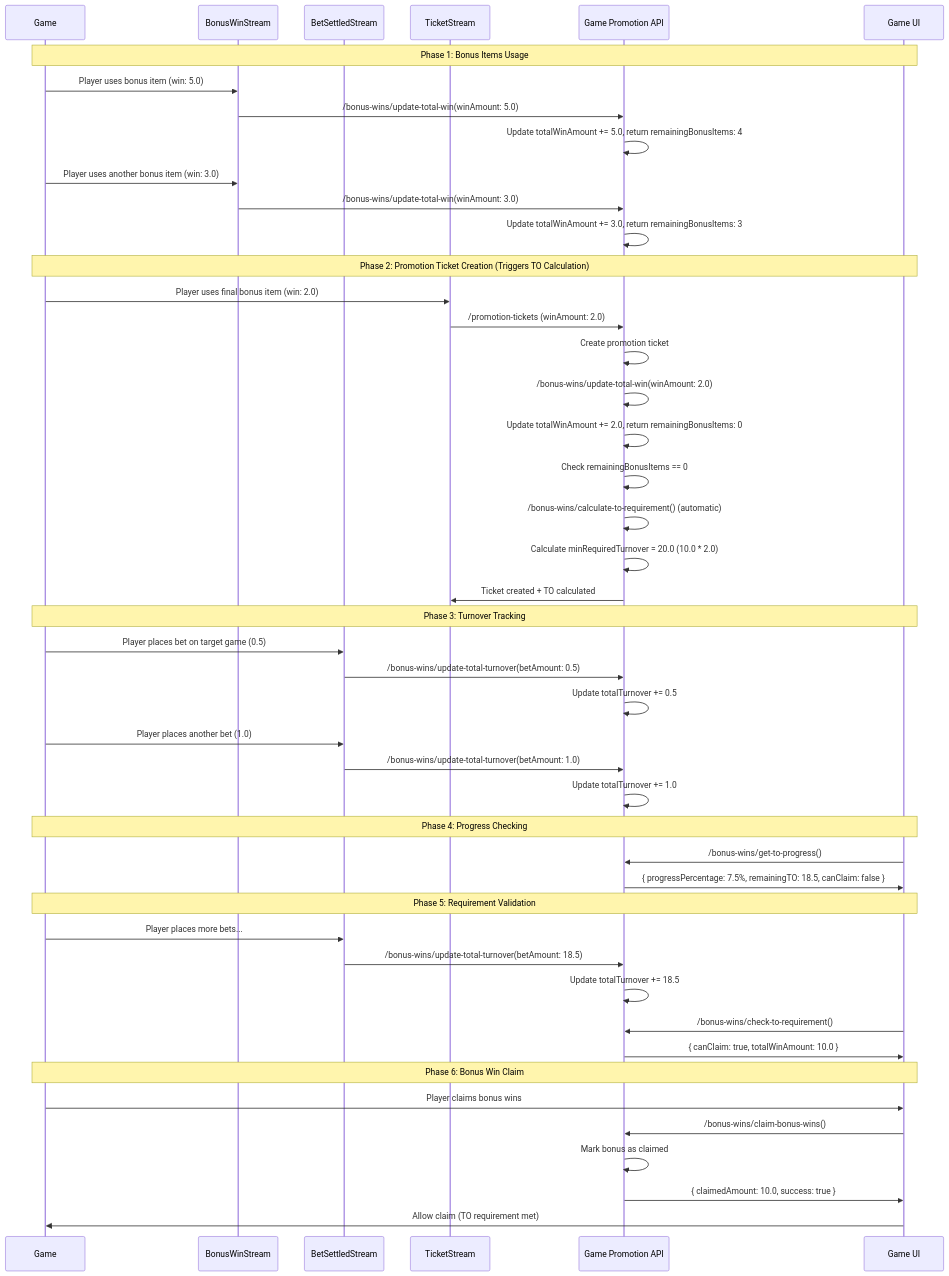
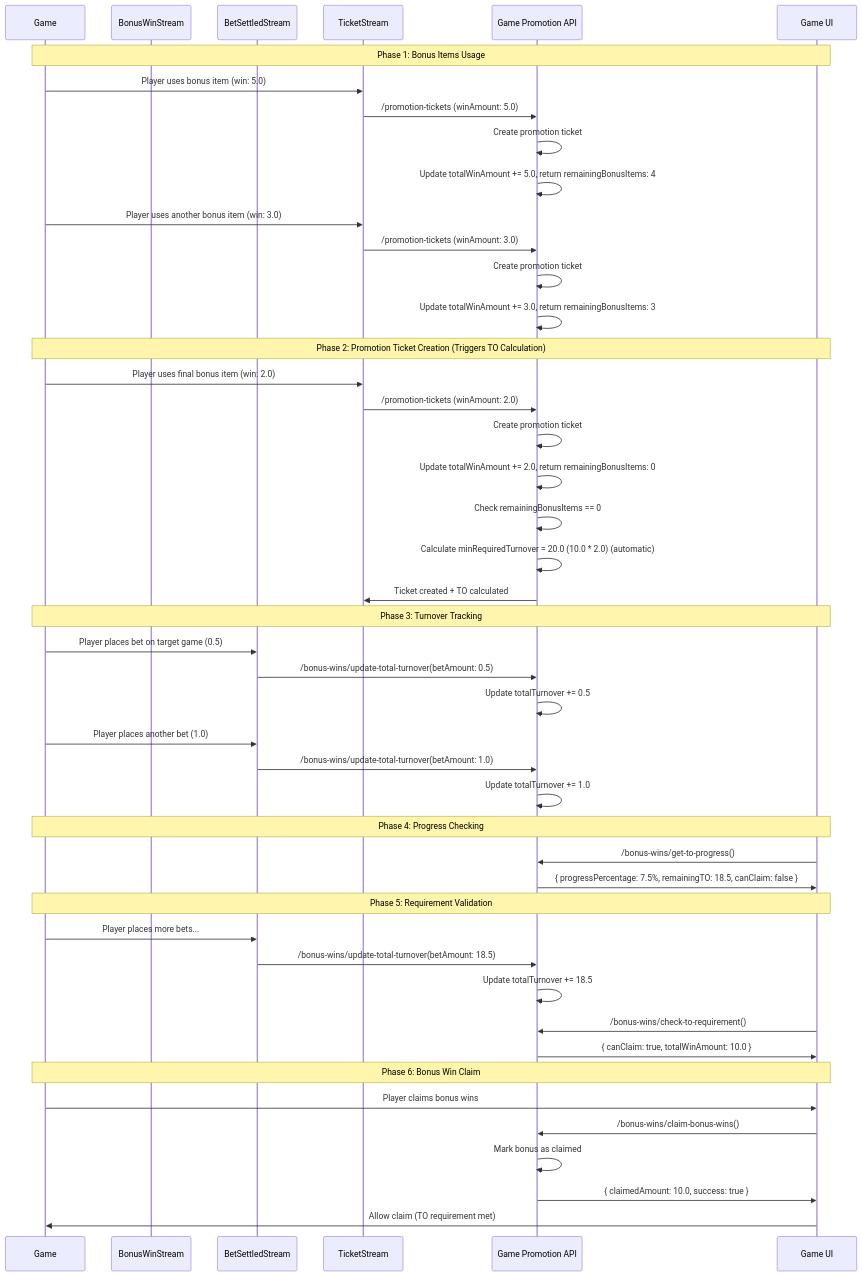
Before and after one commit to starixvn/l1_backend-services_game-promotion-api: the diagram in diagrams/sequence/TurnoverTrackingFlow.md, drawn with Mermaid. The commit also changed other lines of this file and 2 other files, not shown here.

Commit message:
fix: update to tracking flow

````diff
--- a/diagrams/sequence/TurnoverTrackingFlow.md
+++ b/diagrams/sequence/TurnoverTrackingFlow.md
@@ -11,57 +11,57 @@
 ```mermaid
 sequenceDiagram
     participant Game
     participant BonusWinStream
     participant BetSettledStream
     participant TicketStream
     participant API as Game Promotion API
     participant UI as Game UI
 
     Note over Game,UI: Phase 1: Bonus Items Usage
-    Game->>BonusWinStream: Player uses bonus item (win: 5.0)
-    BonusWinStream->>API: /bonus-wins/update-total-win(winAmount: 5.0)
+    Game->>TicketStream: Player uses bonus item (win: 5.0)
+    TicketStream->>API: /promotion-tickets (winAmount: 5.0)
+    API->>API: Create promotion ticket
     API->>API: Update totalWinAmount += 5.0, return remainingBonusItems: 4
 
-    Game->>BonusWinStream: Player uses another bonus item (win: 3.0)
-    BonusWinStream->>API: /bonus-wins/update-total-win(winAmount: 3.0)
+    Game->>TicketStream: Player uses another bonus item (win: 3.0)
+    TicketStream->>API: /promotion-tickets (winAmount: 3.0)
+    API->>API: Create promotion ticket
     API->>API: Update totalWinAmount += 3.0, return remainingBonusItems: 3
 
     Note over Game,UI: Phase 2: Promotion Ticket Creation (Triggers TO Calculation)
     Game->>TicketStream: Player uses final bonus item (win: 2.0)
     TicketStream->>API: /promotion-tickets (winAmount: 2.0)
     API->>API: Create promotion ticket
-    API->>API: /bonus-wins/update-total-win(winAmount: 2.0)
     API->>API: Update totalWinAmount += 2.0, return remainingBonusItems: 0
     API->>API: Check remainingBonusItems == 0
-    API->>API: /bonus-wins/calculate-to-requirement() (automatic)
-    API->>API: Calculate minRequiredTurnover = 20.0 (10.0 * 2.0)
+    API->>API: Calculate minRequiredTurnover = 20.0 (10.0 * 2.0) (automatic)
     API->>TicketStream: Ticket created + TO calculated
 
     Note over Game,UI: Phase 3: Turnover Tracking
     Game->>BetSettledStream: Player places bet on target game (0.5)
     BetSettledStream->>API: /bonus-wins/update-total-turnover(betAmount: 0.5)
     API->>API: Update totalTurnover += 0.5
 
     Game->>BetSettledStream: Player places another bet (1.0)
     BetSettledStream->>API: /bonus-wins/update-total-turnover(betAmount: 1.0)
     API->>API: Update totalTurnover += 1.0
 
     Note over Game,UI: Phase 4: Progress Checking
     UI->>API: /bonus-wins/get-to-progress()
     API->>UI: { progressPercentage: 7.5%, remainingTO: 18.5, canClaim: false }
 
     Note over Game,UI: Phase 5: Requirement Validation
     Game->>BetSettledStream: Player places more bets...
     BetSettledStream->>API: /bonus-wins/update-total-turnover(betAmount: 18.5)
     API->>API: Update totalTurnover += 18.5
 
     UI->>API: /bonus-wins/check-to-requirement()
     API->>UI: { canClaim: true, totalWinAmount: 10.0 }
 
     Note over Game,UI: Phase 6: Bonus Win Claim
     Game->>UI: Player claims bonus wins
     UI->>API: /bonus-wins/claim-bonus-wins()
     API->>API: Mark bonus as claimed
     API->>UI: { claimedAmount: 10.0, success: true }
     UI->>Game: Allow claim (TO requirement met)
 ```
````
